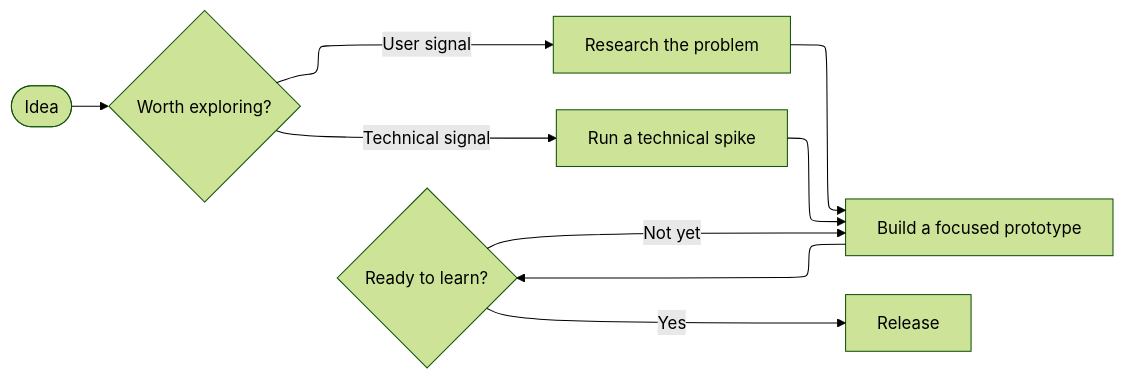
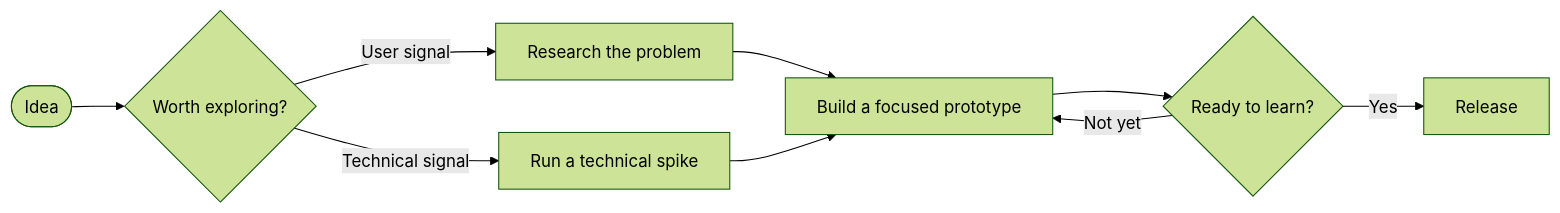
One commit to f0rr0/f0rr0.dev changed the second of 4 diagrams in src/content/blog/kitchen-sink/page.mdx. Above: the diagram before and after it, drawn with Mermaid (forest theme). The commit also changed other lines of this file and 6 other files, not shown here.

Commit message:
refactor(blog): render Mermaid diagrams with Pele (#191)

````diff
--- a/src/content/blog/kitchen-sink/page.mdx
+++ b/src/content/blog/kitchen-sink/page.mdx
@@ -330,17 +330,13 @@
 ```mermaid
----
-config:
-  layout: elk
----
 flowchart LR
   accTitle: From an idea to a release
   accDescr: Research and a technical spike converge into a prototype, followed by review and release.
   Idea([Idea]) --> Question{Worth exploring?}
   Question -->|User signal| Research[Research the problem]
   Question -->|Technical signal| Spike[Run a technical spike]
   Research --> Prototype[Build a focused prototype]
   Spike --> Prototype
   Prototype --> Review{Ready to learn?}
   Review -->|Not yet| Prototype
   Review -->|Yes| Ship[Release]
 ```
````
